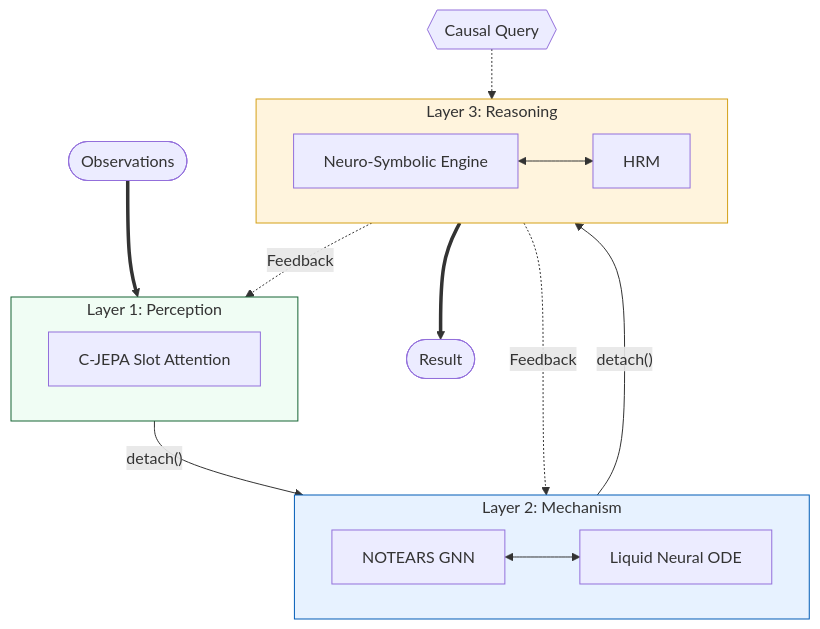
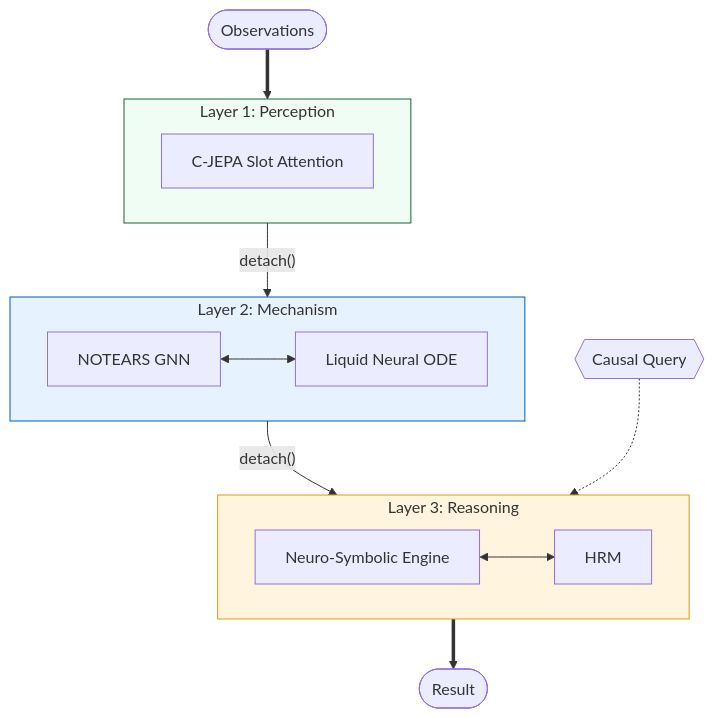
The diagram in README.md (sunghunkwag/HHCRA-Causal-Inference), drawn with Mermaid before and after one commit. The commit also changed other lines of this file and 1 other file, not shown here.

````diff
--- a/README.md
+++ b/README.md
@@ -23,30 +25,27 @@
 ```mermaid
 flowchart TD
     Input([Observations]) ==> L1
 
     subgraph L1 [Layer 1: Perception]
         C1[C-JEPA Slot Attention]
     end
 
     L1 -- "detach()" --> L2
 
     subgraph L2 [Layer 2: Mechanism]
         C2[NOTEARS GNN] <--> C3[Liquid Neural ODE]
     end
 
     L2 -- "detach()" --> L3
 
     subgraph L3 [Layer 3: Reasoning]
         C4[Neuro-Symbolic Engine] <--> C5[HRM]
     end
 
     Q{{Causal Query}} -.-> L3
     L3 ==> R([Result])
 
-    L3 -. "Feedback" .-> L2
-    L3 -. "Feedback" .-> L1
-
     style L1 fill:#f0fdf4,stroke:#166534
     style L2 fill:#e7f2ff,stroke:#005bb7
     style L3 fill:#fff4dd,stroke:#d4a017
 ```
````
